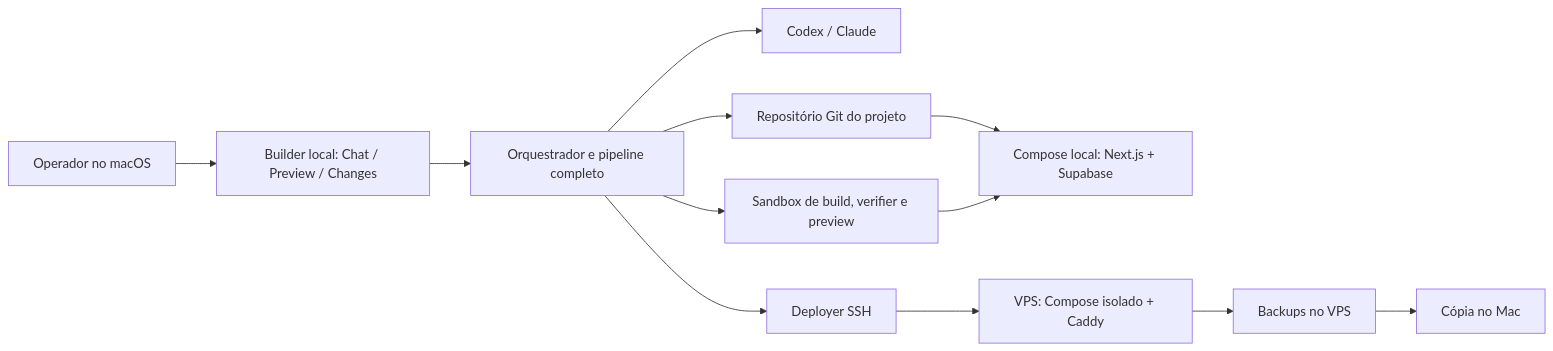
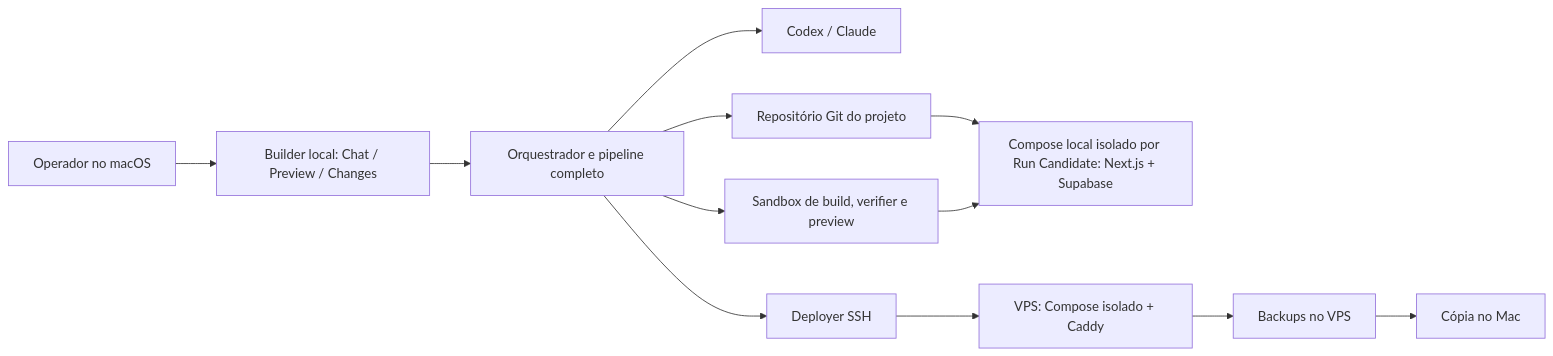
Before and after one commit to eedsilva/agent-foundry: the first of 2 diagrams in docs/ARCHITECTURE.md, drawn with Mermaid. The commit also changed other lines of this file and 15 other files, not shown here.

````diff
--- a/docs/ARCHITECTURE.md
+++ b/docs/ARCHITECTURE.md
@@ -112,14 +115,14 @@
 ```mermaid
 flowchart LR
   U["Operador no macOS"] --> B["Builder local: Chat / Preview / Changes"]
   B --> O["Orquestrador e pipeline completo"]
   O --> C["Codex / Claude"]
   O --> G["Repositório Git do projeto"]
   O --> S["Sandbox de build, verifier e preview"]
-  G --> L["Compose local: Next.js + Supabase"]
+  G --> L["Compose local isolado por Run Candidate: Next.js + Supabase"]
   S --> L
   O --> D["Deployer SSH"]
   D --> V["VPS: Compose isolado + Caddy"]
   V --> K["Backups no VPS"]
   K --> M["Cópia no Mac"]
 ```
````
